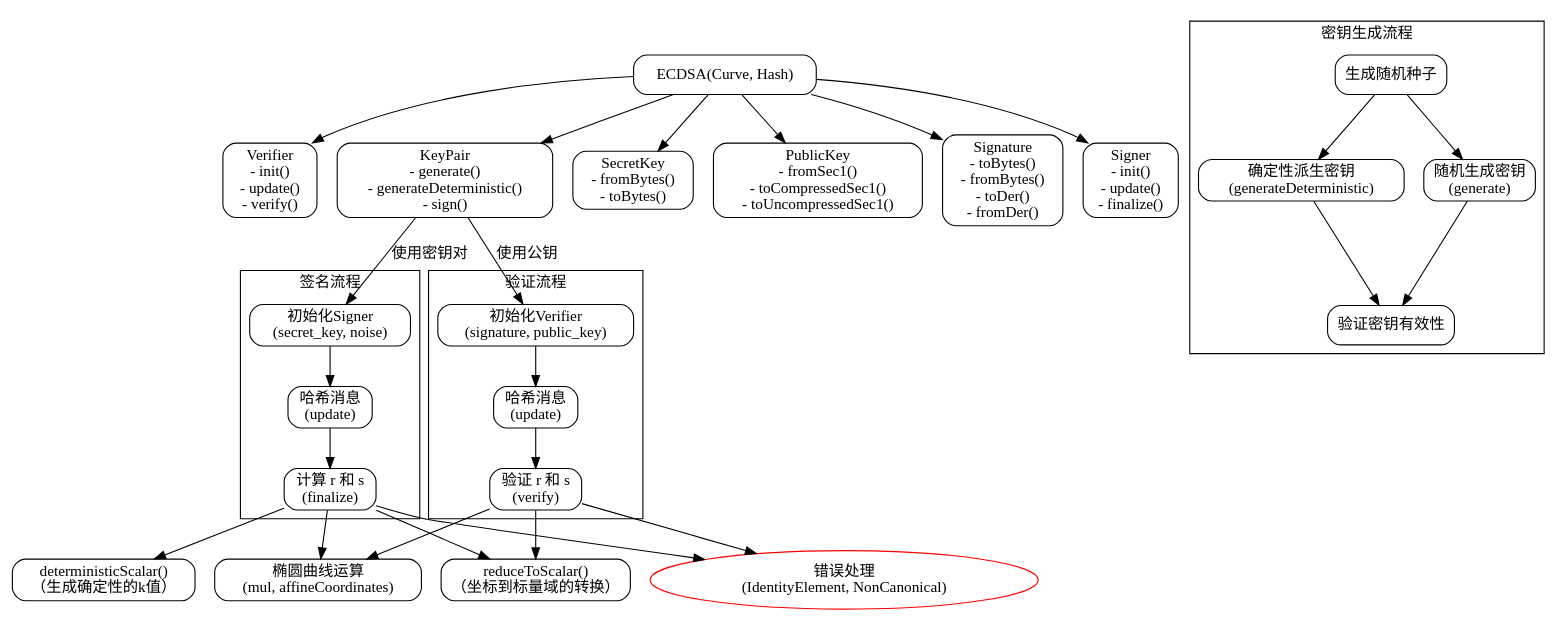
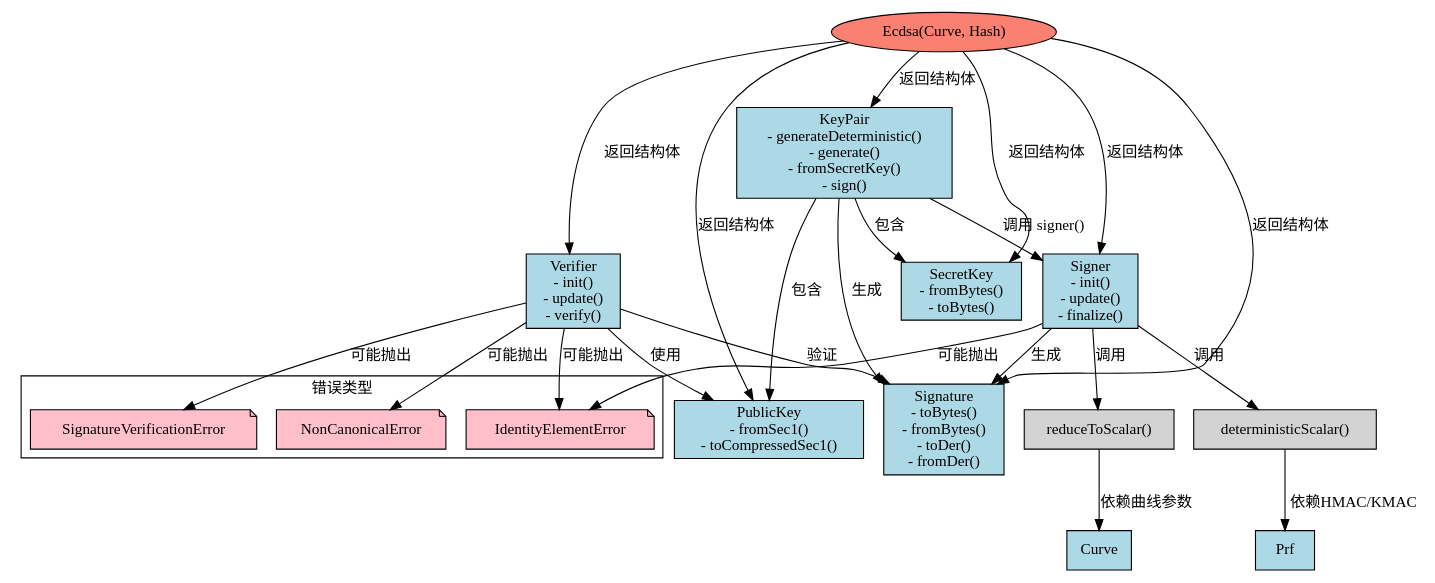
One commit to sdzx-1/deepseek-zig-reader changed the diagram in dot_std/crypto/ecdsa.zig.Ecdsa.md. Above: the diagram before and after it, drawn with Graphviz. The commit also changed other lines of this file and 236 other files, not shown here.

````diff
--- a/dot_std/crypto/ecdsa.zig.Ecdsa.md
+++ b/dot_std/crypto/ecdsa.zig.Ecdsa.md
@@ -42,71 +15,52 @@
 ```graphviz
-digraph ECDSA_Flowchart {
+digraph EcdsaFlow {
     rankdir=TB;
-    node [shape=rectangle, style=rounded];
+    node [shape=box, style=filled, fillcolor=lightblue];
 
-    // 主要结构
-    ECDSA [label="ECDSA(Curve, Hash)"];
+    // 主要结构体
+    Ecdsa [label="Ecdsa(Curve, Hash)", shape=ellipse, fillcolor=salmon];
     SecretKey [label="SecretKey\n- fromBytes()\n- toBytes()"];
-    PublicKey [label="PublicKey\n- fromSec1()\n- toCompressedSec1()\n- toUncompressedSec1()"];
+    PublicKey [label="PublicKey\n- fromSec1()\n- toCompressedSec1()"];
     Signature [label="Signature\n- toBytes()\n- fromBytes()\n- toDer()\n- fromDer()"];
     Signer [label="Signer\n- init()\n- update()\n- finalize()"];
     Verifier [label="Verifier\n- init()\n- update()\n- verify()"];
-    KeyPair [label="KeyPair\n- generate()\n- generateDeterministic()\n- sign()"];
+    KeyPair [label="KeyPair\n- generateDeterministic()\n- generate()\n- fromSecretKey()\n- sign()"];
 
-    // 子流程
-    subgraph cluster_KeyGen {
-        label="密钥生成流程";
-        GenerateSeed [label="生成随机种子"];
-        DeterministicKey [label="确定性派生密钥\n(generateDeterministic)"];
-        RandomKey [label="随机生成密钥\n(generate)"];
-        ValidateKey [label="验证密钥有效性"];
-        GenerateSeed -> DeterministicKey;
-        GenerateSeed -> RandomKey;
-        DeterministicKey -> ValidateKey;
-        RandomKey -> ValidateKey;
+    // 辅助函数
+    reduceToScalar [label="reduceToScalar()", fillcolor=lightgrey];
+    deterministicScalar [label="deterministicScalar()", fillcolor=lightgrey];
+
+    // 关系定义
+    Ecdsa -> {SecretKey, PublicKey, Signature, Signer, Verifier, KeyPair} [label="返回结构体"];
+
+    // KeyPair关系
+    KeyPair -> SecretKey [label="包含"];
+    KeyPair -> PublicKey [label="包含"];
+    KeyPair -> Signer [label="调用 signer()"];
+    KeyPair -> Signature [label="生成"];
+
+    // Signer流程
+    Signer -> deterministicScalar [label="调用"];
+    Signer -> reduceToScalar [label="调用"];
+    Signer -> Signature [label="生成"];
+
+    // Verifier流程
+    Verifier -> PublicKey [label="使用"];
+    Verifier -> Signature [label="验证"];
+
+    // 错误处理
+    subgraph cluster_errors {
+        label="错误类型";
+        IdentityElementError [shape=note, fillcolor=pink];
+        NonCanonicalError [shape=note, fillcolor=pink];
+        SignatureVerificationError [shape=note, fillcolor=pink];
     }
 
-    subgraph cluster_Signing {
-        label="签名流程";
-        SignInit [label="初始化Signer\n(secret_key, noise)"];
-        HashMsg [label="哈希消息\n(update)"];
-        ComputeRS [label="计算 r 和 s\n(finalize)"];
-        SignInit -> HashMsg -> ComputeRS;
-    }
+    Signer -> IdentityElementError [label="可能抛出"];
+    Verifier -> {IdentityElementError, NonCanonicalError, SignatureVerificationError} [label="可能抛出"];
 
-    subgraph cluster_Verification {
-        label="验证流程";
-        VerifyInit [label="初始化Verifier\n(signature, public_key)"];
-        HashMsgVerify [label="哈希消息\n(update)"];
-        CheckRS [label="验证 r 和 s\n(verify)"];
-        VerifyInit -> HashMsgVerify -> CheckRS;
-    }
-
-    // 核心算法
-    DeterministicScalar [label="deterministicScalar()\n（生成确定性的k值）"];
-    ReduceToScalar [label="reduceToScalar()\n（坐标到标量域的转换）"];
-    CurveOperations [label="椭圆曲线运算\n(mul, affineCoordinates)"];
-
-    // 连接主结构
-    ECDSA -> SecretKey;
-    ECDSA -> PublicKey;
-    ECDSA -> Signature;
-    ECDSA -> Signer;
-    ECDSA -> Verifier;
-    ECDSA -> KeyPair;
-
-    // 流程依赖
-    KeyPair -> SignInit [label="使用密钥对"];
-    KeyPair -> VerifyInit [label="使用公钥"];
-    ComputeRS -> DeterministicScalar;
-    ComputeRS -> ReduceToScalar;
-    ComputeRS -> CurveOperations;
-    CheckRS -> ReduceToScalar;
-    CheckRS -> CurveOperations;
-
-    // 错误处理
-    ErrorNode [label="错误处理\n(IdentityElement, NonCanonical)", shape=ellipse, color=red];
-    ComputeRS -> ErrorNode;
-    CheckRS -> ErrorNode;
+    // 辅助函数关系
+    deterministicScalar -> Prf [label="依赖HMAC/KMAC"];
+    reduceToScalar -> Curve [label="依赖曲线参数"];
 }
 ```
````
